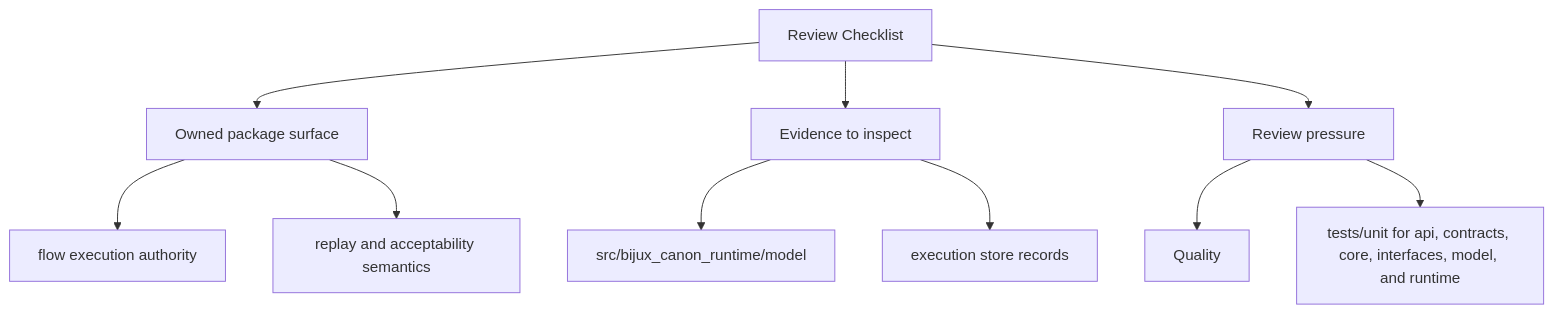
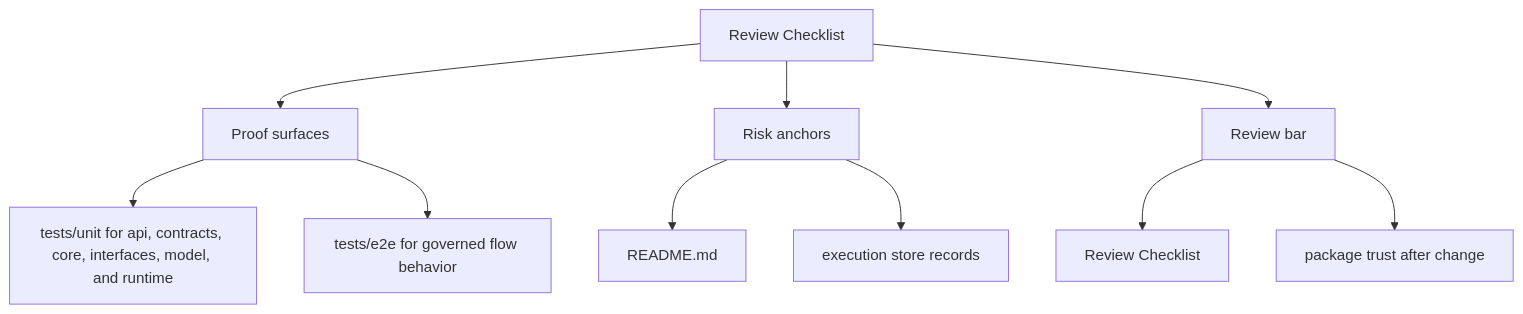
The second of 2 diagrams in docs/bijux-canon-runtime/quality/review-checklist.md (bijux/bijux-canon), drawn with Mermaid before and after one commit. The commit also changed other lines of this file and 250 other files, not shown here.

Commit message:
docs(diagrams): make product page maps more readable

````diff
--- a/docs/bijux-canon-runtime/quality/review-checklist.md
+++ b/docs/bijux-canon-runtime/quality/review-checklist.md
@@ -34,22 +34,22 @@
 ```mermaid
 flowchart TD
     page["Review Checklist"]
-    focus1["Owned package surface"]
+    focus1["Proof surfaces"]
     page --> focus1
-    focus1_1["flow execution authority"]
+    focus1_1["tests/unit for api, contracts, core, interfaces, model, and runtime"]
     focus1 --> focus1_1
-    focus1_2["replay and acceptability semantics"]
+    focus1_2["tests/e2e for governed flow behavior"]
     focus1 --> focus1_2
-    focus2["Evidence to inspect"]
+    focus2["Risk anchors"]
     page --> focus2
-    focus2_1["src/bijux_canon_runtime/model"]
+    focus2_1["README.md"]
     focus2 --> focus2_1
     focus2_2["execution store records"]
     focus2 --> focus2_2
-    focus3["Review pressure"]
+    focus3["Review bar"]
     page --> focus3
-    focus3_1["Quality"]
+    focus3_1["Review Checklist"]
     focus3 --> focus3_1
-    focus3_2["tests/unit for api, contracts, core, interfaces, model, and runtime"]
+    focus3_2["package trust after change"]
     focus3 --> focus3_2
 ```
````
